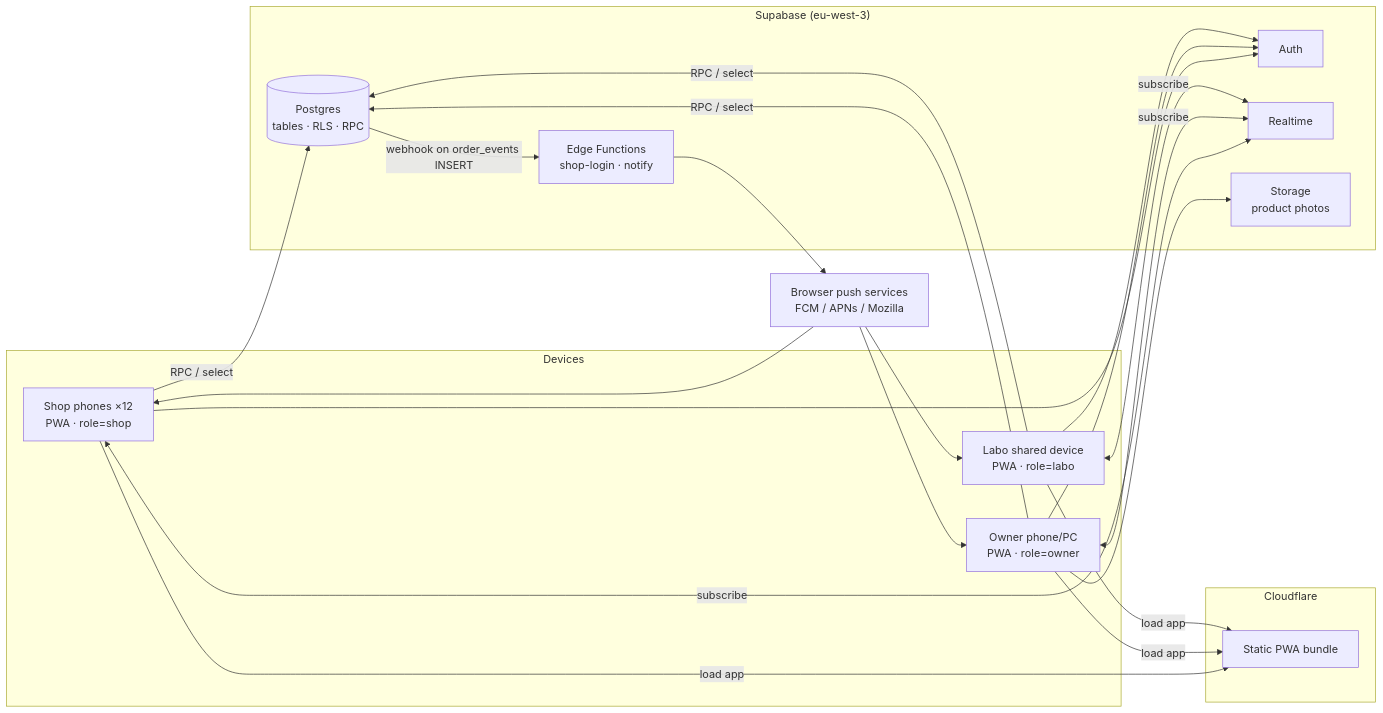
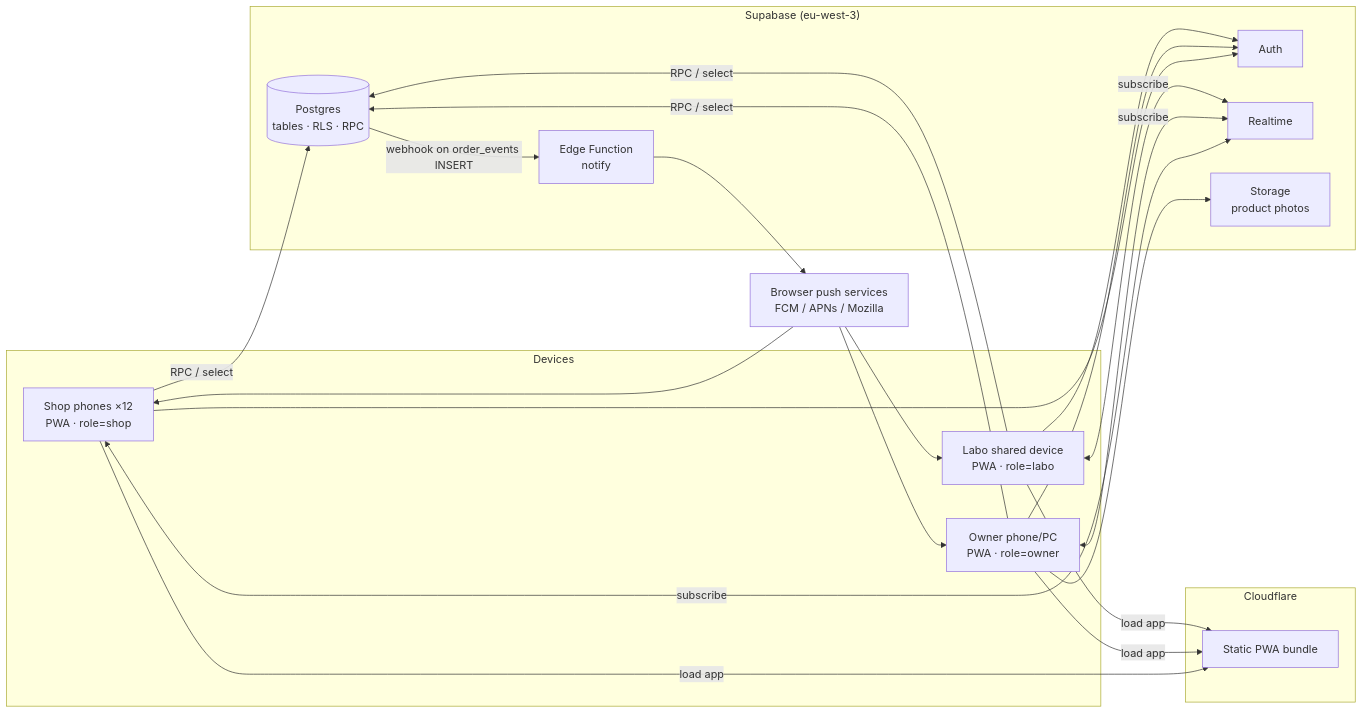
Before and after one commit to DAMAi-404/internahoussam: the first of 3 diagrams in docs/ARCHITECTURE.md, drawn with Mermaid. The commit also changed other lines of this file and 22 other files, not shown here.

````diff
--- a/docs/ARCHITECTURE.md
+++ b/docs/ARCHITECTURE.md
@@ -44,27 +55,27 @@
 ```mermaid
 flowchart LR
     subgraph Devices
         S[Shop phones ×12<br/>PWA · role=shop]
         O[Owner phone/PC<br/>PWA · role=owner]
         L[Labo shared device<br/>PWA · role=labo]
     end
     subgraph Cloudflare
         CDN[Static PWA bundle]
     end
     subgraph Supabase["Supabase (eu-west-3)"]
         AUTH[Auth]
         PG[(Postgres<br/>tables · RLS · RPC)]
         RT[Realtime]
         ST[Storage<br/>product photos]
-        EF[Edge Functions<br/>shop-login · notify]
+        EF[Edge Function<br/>notify]
     end
     PUSH[Browser push services<br/>FCM / APNs / Mozilla]
 
     S & O & L -->|load app| CDN
     S & O & L -->|RPC / select| PG
     S & O & L <-->|subscribe| RT
     S & O & L --> AUTH
     O --> ST
     PG -->|webhook on order_events INSERT| EF
     EF --> PUSH --> S & O & L
 ```
````
